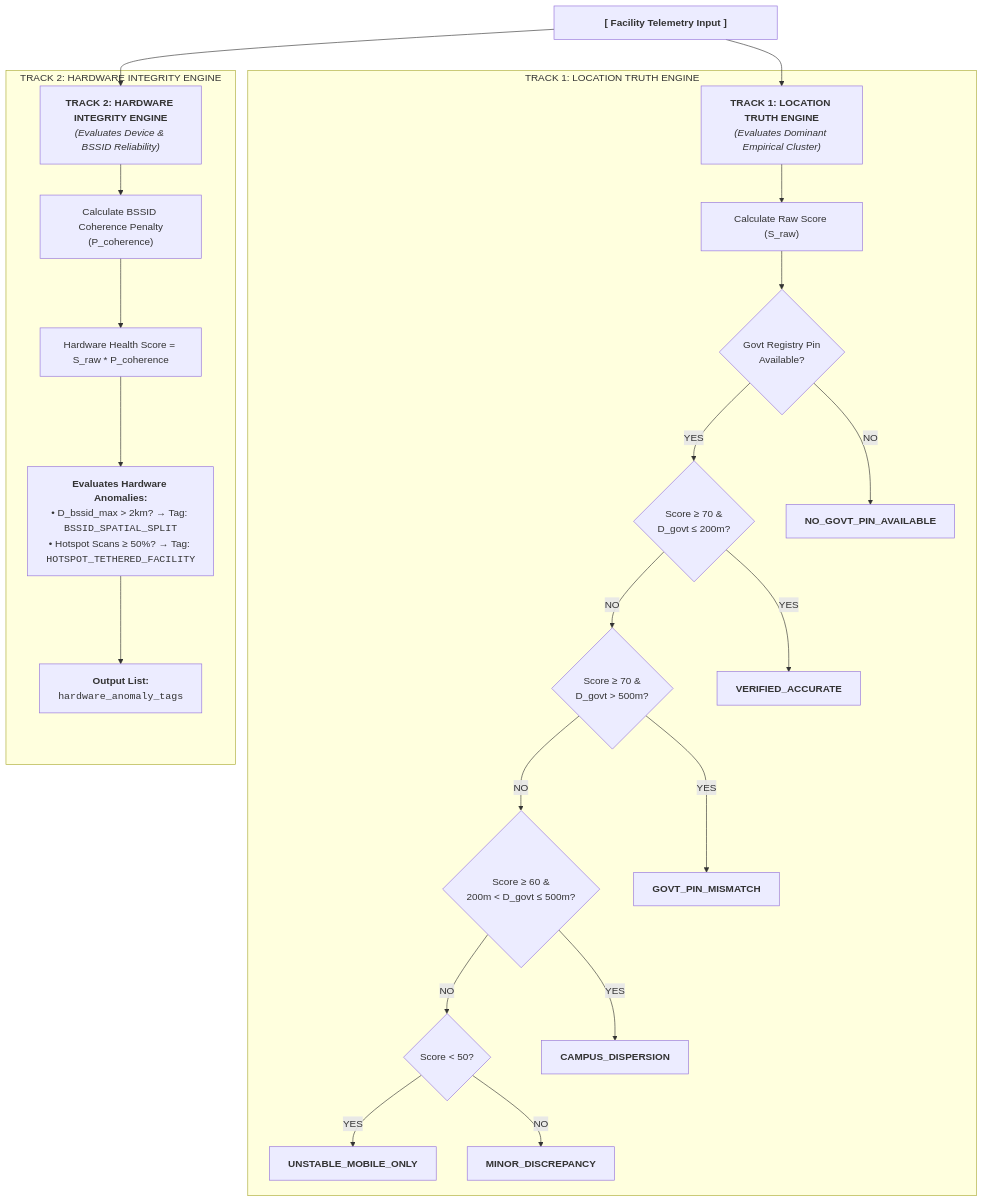
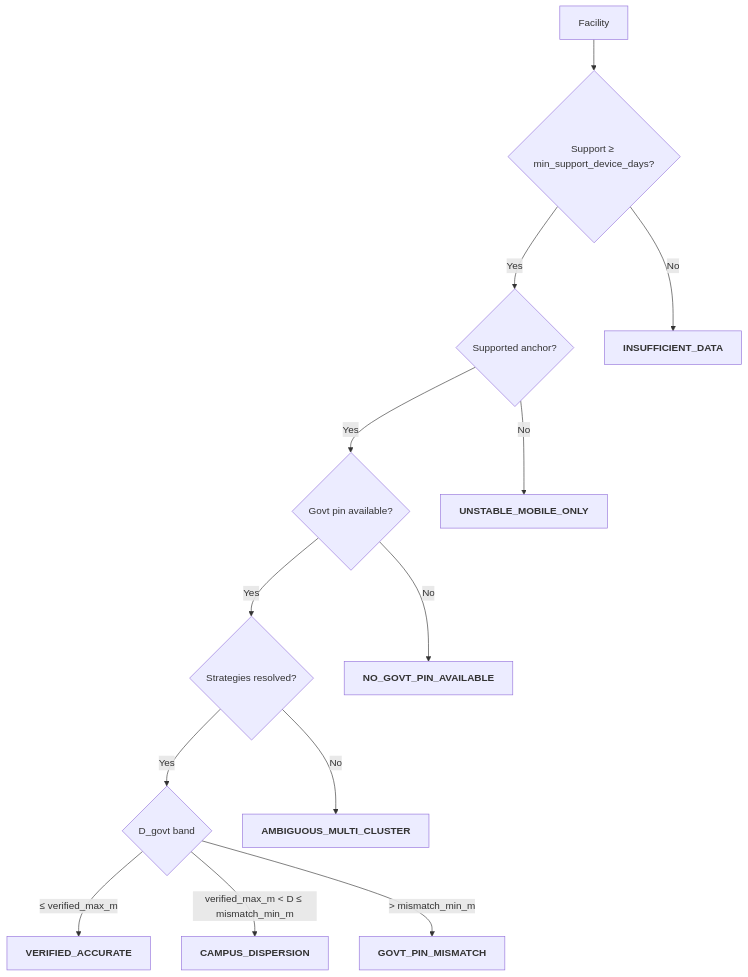
One commit to unicef/gigameter-research changed the fifth of 5 diagrams in docs/blueprint/technical_blueprint.md. Above: the diagram before and after it, drawn with Mermaid. The commit also changed other lines of this file and 10 other files, not shown here.

````diff
--- a/docs/blueprint/technical_blueprint.md
+++ b/docs/blueprint/technical_blueprint.md
@@ -241,55 +221,30 @@
 ```mermaid
 graph TD
-    IN["<div style='min-width: 300px; text-align: center;'><b>[ Facility Telemetry Input ]</b></div>"]
+    IN["Facility"]
+    SUP{"Support &ge; min_support_device_days?"}
+    PIN{"Govt pin available?"}
+    ANC{"Supported anchor?"}
+    AMBQ{"Strategies resolved?"}
+    D{"D_govt band"}
 
-    IN --> T1
-    IN --> T2
+    F_INS["<b>INSUFFICIENT_DATA</b>"]
+    F_NOPIN["<b>NO_GOVT_PIN_AVAILABLE</b>"]
+    F_UNS["<b>UNSTABLE_MOBILE_ONLY</b>"]
+    F_AMB["<b>AMBIGUOUS_MULTI_CLUSTER</b>"]
+    F_ACC["<b>VERIFIED_ACCURATE</b>"]
+    F_DIS["<b>CAMPUS_DISPERSION</b>"]
+    F_MIS["<b>GOVT_PIN_MISMATCH</b>"]
 
-    subgraph Track1 ["TRACK 1: LOCATION TRUTH ENGINE"]
-        T1["<b>TRACK 1: LOCATION TRUTH ENGINE</b><br/><i>(Evaluates Dominant Empirical Cluster)</i>"]
-        S_RAW["Calculate Raw Score (S_raw)"]
-        PIN_CHECK{"Govt Registry Pin<br/>Available?"}
-        
-        %% Decisions
-        C1{"Score &ge; 70 &<br/>D_govt &le; 200m?"}
-        C2{"Score &ge; 70 &<br/>D_govt > 500m?"}
-        C3{"Score &ge; 60 &<br/>200m < D_govt &le; 500m?"}
-        C4{"Score < 50?"}
-
-        %% Output Flags
-        F_NO_PIN["<b>NO_GOVT_PIN_AVAILABLE</b>"]
-        F_ACC["<b>VERIFIED_ACCURATE</b>"]
-        F_MIS["<b>GOVT_PIN_MISMATCH</b>"]
-        F_DIS["<b>CAMPUS_DISPERSION</b>"]
-        F_UNS["<b>UNSTABLE_MOBILE_ONLY</b>"]
-        F_MIN["<b>MINOR_DISCREPANCY</b>"]
-
-        T1 --> S_RAW --> PIN_CHECK
-        PIN_CHECK -->|NO| F_NO_PIN
-        PIN_CHECK -->|YES| C1
-        
-        C1 -->|YES| F_ACC
-        C1 -->|NO| C2
-        
-        C2 -->|YES| F_MIS
-        C2 -->|NO| C3
-        
-        C3 -->|YES| F_DIS
-        C3 -->|NO| C4
-        
-        C4 -->|YES| F_UNS
-        C4 -->|NO| F_MIN
-    end
-
-    subgraph Track2 ["TRACK 2: HARDWARE INTEGRITY ENGINE"]
-        T2["<b>TRACK 2: HARDWARE INTEGRITY ENGINE</b><br/><i>(Evaluates Device & BSSID Reliability)</i>"]
-        P_COH["Calculate BSSID Coherence Penalty<br/>(P_coherence)"]
-        H_SCORE["Hardware Health Score = S_raw * P_coherence"]
-        
-        ANOM["<b>Evaluates Hardware Anomalies:</b><br/>• D_bssid_max > 2km? &rarr; Tag: <code>BSSID_SPATIAL_SPLIT</code><br/>• Hotspot Scans &ge; 50%? &rarr; Tag: <code>HOTSPOT_TETHERED_FACILITY</code>"]
-        
-        OUT_TAGS["<b>Output List:</b><br/><code>hardware_anomaly_tags</code>"]
-
-        T2 --> P_COH --> H_SCORE --> ANOM --> OUT_TAGS
-    end
+    IN --> SUP
+    SUP -->|No| F_INS
+    SUP -->|Yes| ANC
+    ANC -->|No| F_UNS
+    ANC -->|Yes| PIN
+    PIN -->|No| F_NOPIN
+    PIN -->|Yes| AMBQ
+    AMBQ -->|No| F_AMB
+    AMBQ -->|Yes| D
+    D -->|"&le; verified_max_m"| F_ACC
+    D -->|"verified_max_m < D &le; mismatch_min_m"| F_DIS
+    D -->|"> mismatch_min_m"| F_MIS
 ```
````
